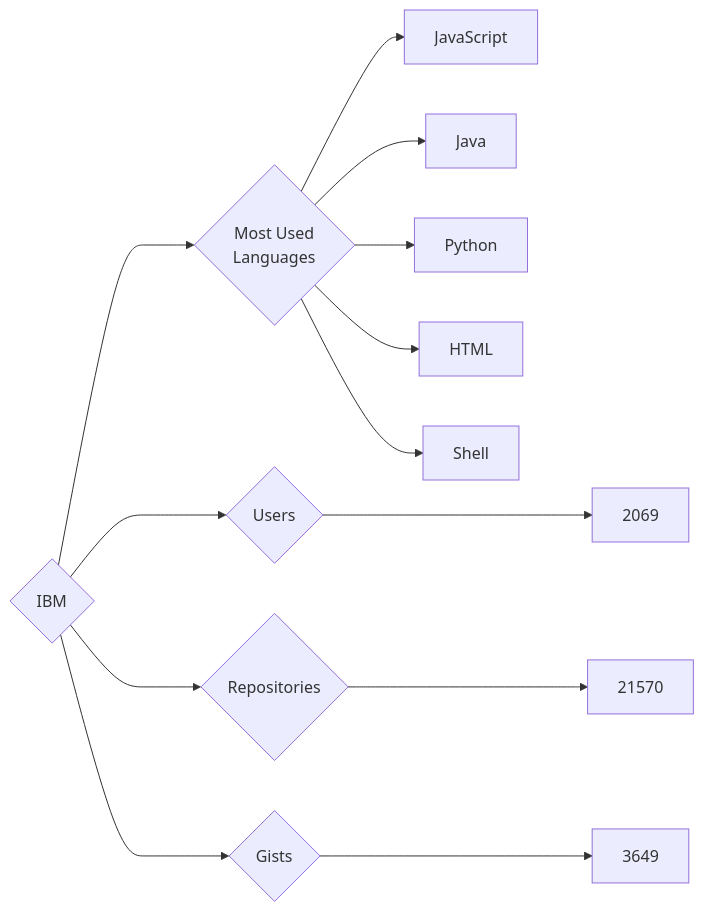
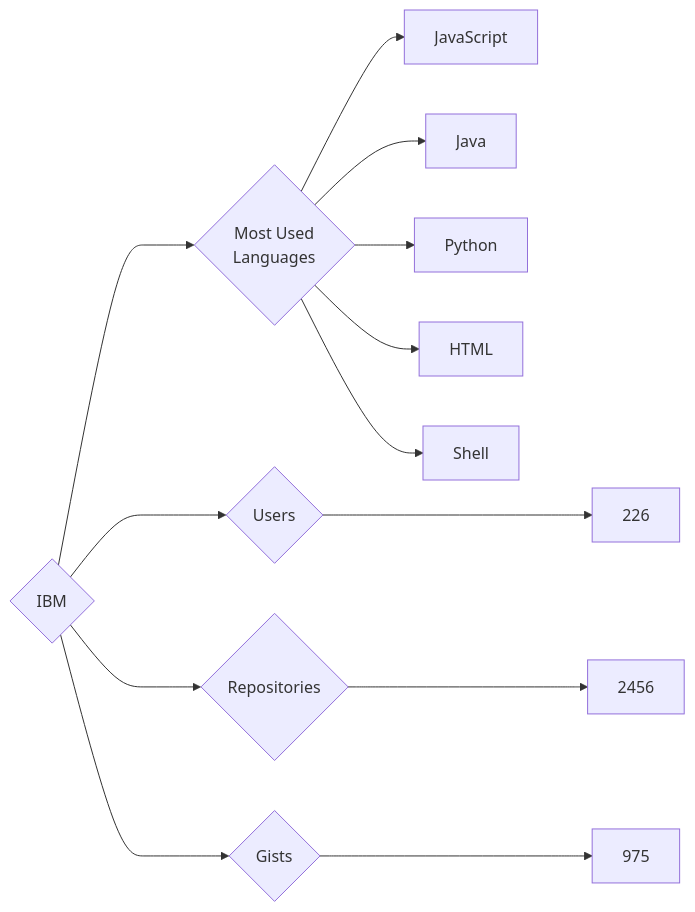
Before and after one commit to trickest/insiders: the diagram in targets/IBM/README.md, drawn with Mermaid. The commit also changed 777 other files, not shown here.

````diff
--- a/targets/IBM/README.md
+++ b/targets/IBM/README.md
@@ -3,13 +3,13 @@
 ```mermaid
 graph LR
 COMPANY_NAME{IBM}
-COMPANY_NAME ---> U{Users} ---> UN[2069]
-COMPANY_NAME ---> R{Repositories} ---> RN[21570]
-COMPANY_NAME ---> G{Gists} ---> GN[3649]
+COMPANY_NAME ---> U{Users} ---> UN[226]
+COMPANY_NAME ---> R{Repositories} ---> RN[2456]
+COMPANY_NAME ---> G{Gists} ---> GN[975]
 COMPANY_NAME ---> ML{Most Used<br>Languages}
 ML --> JavaScript[JavaScript]
 ML --> Java[Java]
 ML --> Python[Python]
 ML --> HTML[HTML]
 ML --> Shell[Shell]
 ```
````
